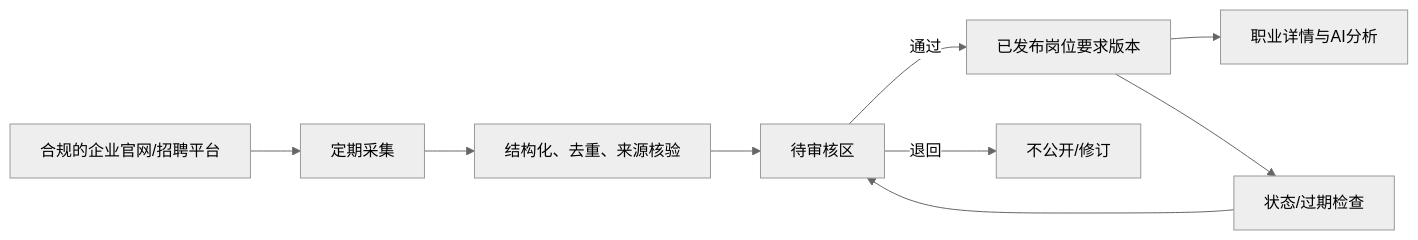
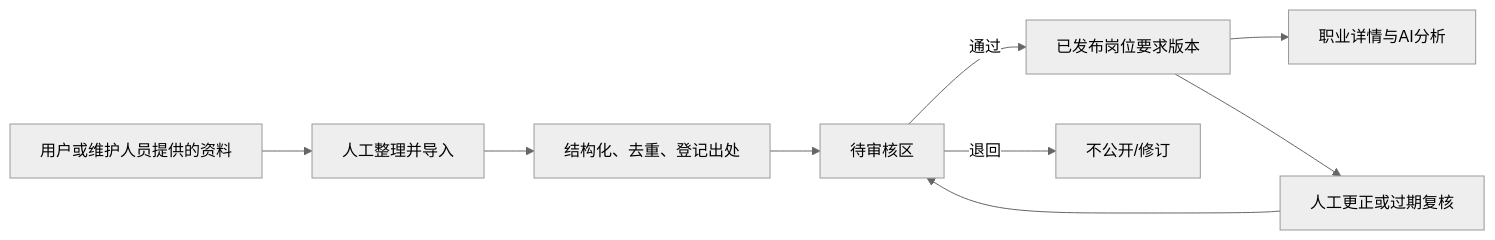
The third of 3 diagrams in memory-bank/design-document.md (zhangyue2029-cmd/our_website), drawn with Mermaid (neutral theme) before and after one commit. The commit also changed other lines of this file and 4 other files, not shown here.

````diff
--- a/memory-bank/design-document.md
+++ b/memory-bank/design-document.md
@@ -378,11 +378,11 @@
 ```mermaid
 flowchart LR
-  A[合规的企业官网/招聘平台] --> B[定期采集]
-  B --> C[结构化、去重、来源核验]
+  A[用户或维护人员提供的资料] --> B[人工整理并导入]
+  B --> C[结构化、去重、登记出处]
   C --> D[待审核区]
   D -->|通过| E[已发布岗位要求版本]
   D -->|退回| F[不公开/修订]
   E --> G[职业详情与AI分析]
-  E --> H[状态/过期检查]
+  E --> H[人工更正或过期复核]
   H --> D
 ```
````
